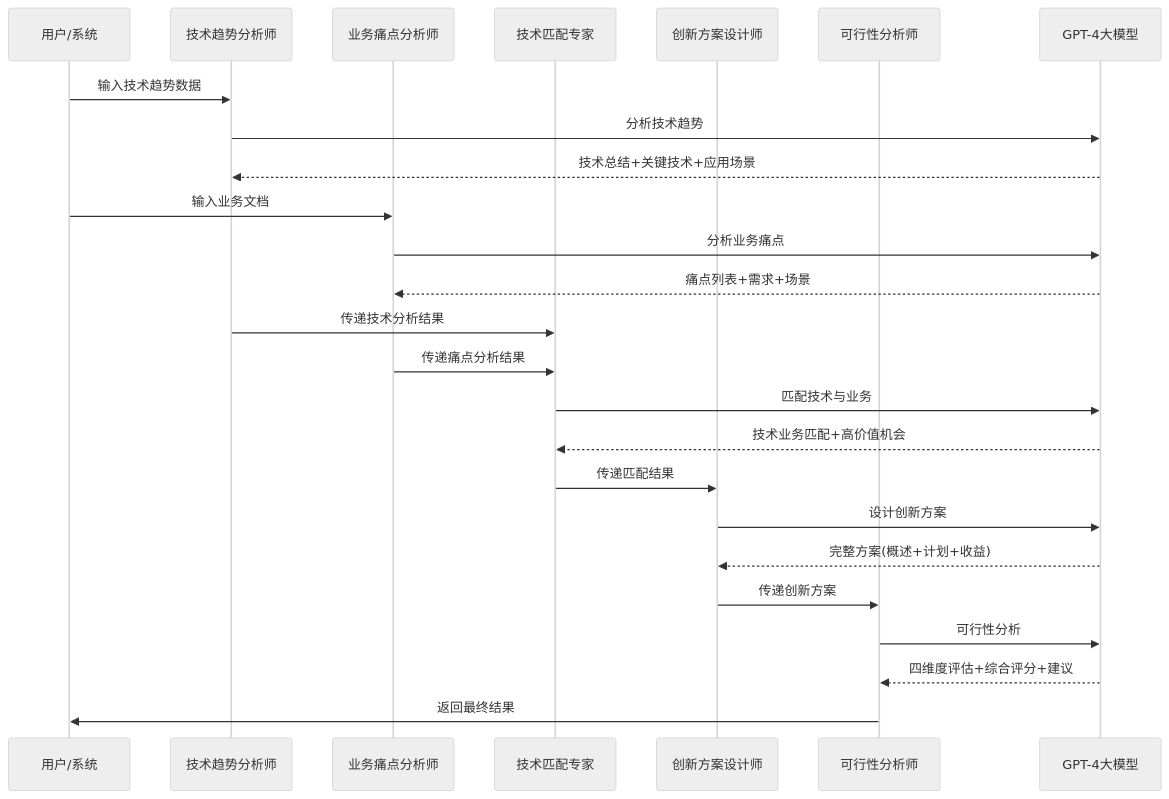
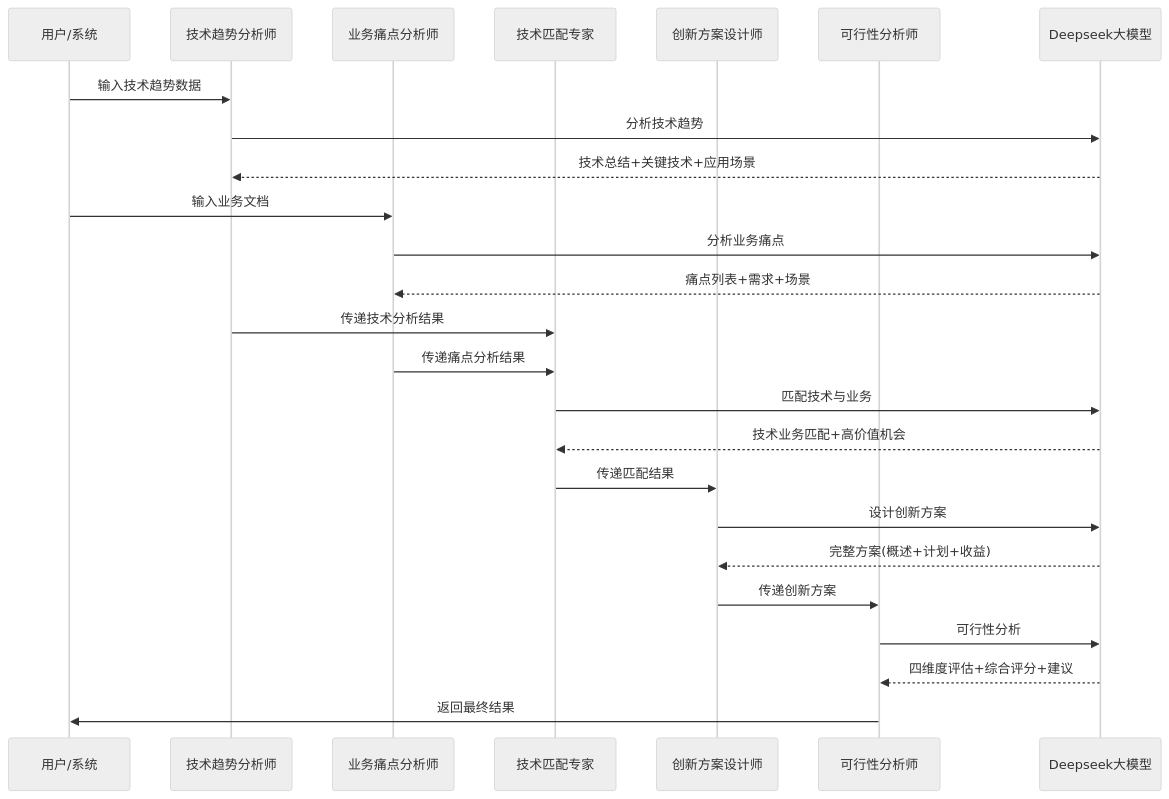
One commit to yhcc20/learngit changed the second of 8 diagrams in INNOVATION_ARCHITECTURE.md. Above: the diagram before and after it, drawn with Mermaid (neutral theme).

````diff
--- a/INNOVATION_ARCHITECTURE.md
+++ b/INNOVATION_ARCHITECTURE.md
@@ -80,33 +80,33 @@
 ```mermaid
 sequenceDiagram
     participant U as 用户/系统
     participant A1 as 技术趋势分析师
     participant A2 as 业务痛点分析师
     participant A3 as 技术匹配专家
     participant A4 as 创新方案设计师
     participant A5 as 可行性分析师
-    participant LLM as GPT-4大模型
+    participant LLM as Deepseek大模型
 
     U->>A1: 输入技术趋势数据
     A1->>LLM: 分析技术趋势
     LLM-->>A1: 技术总结+关键技术+应用场景
 
     U->>A2: 输入业务文档
     A2->>LLM: 分析业务痛点
     LLM-->>A2: 痛点列表+需求+场景
 
     A1->>A3: 传递技术分析结果
     A2->>A3: 传递痛点分析结果
     A3->>LLM: 匹配技术与业务
     LLM-->>A3: 技术业务匹配+高价值机会
 
     A3->>A4: 传递匹配结果
     A4->>LLM: 设计创新方案
     LLM-->>A4: 完整方案(概述+计划+收益)
 
     A4->>A5: 传递创新方案
     A5->>LLM: 可行性分析
     LLM-->>A5: 四维度评估+综合评分+建议
 
     A5->>U: 返回最终结果
 ```
````
